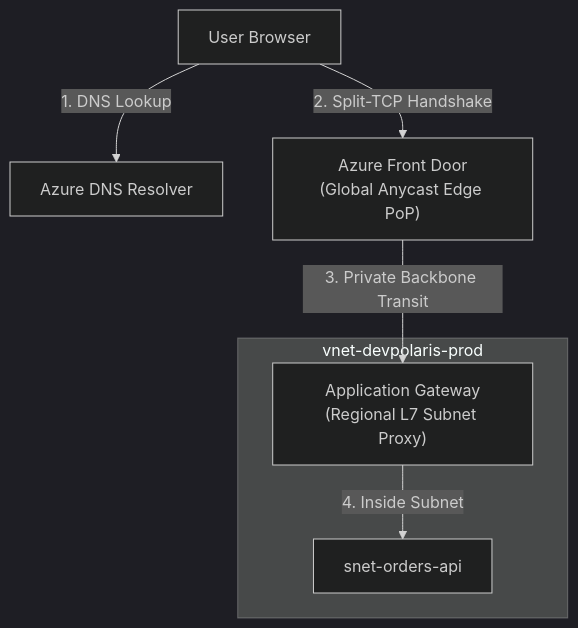
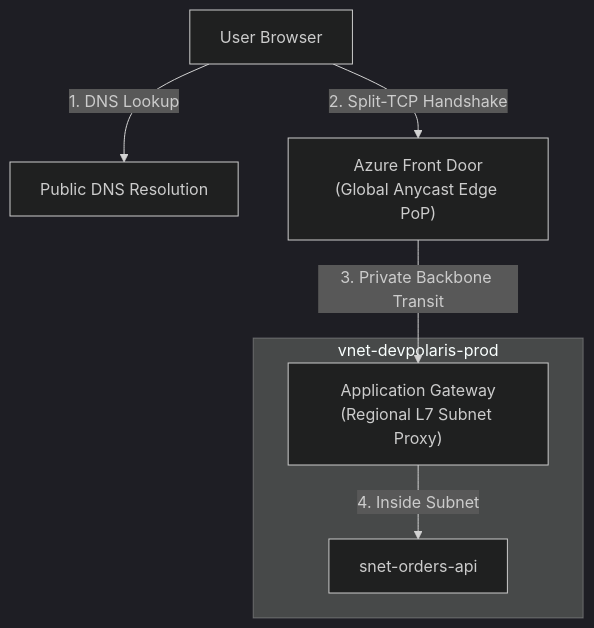
The first of 2 diagrams in cloud-providers/azure/networking-connectivity/public-entry-points.md (senlinyy/dev-roadmaps), drawn with Mermaid (dark theme) before and after one commit. The commit also changed other lines of this file and 530 other files, not shown here.

````diff
--- a/cloud-providers/azure/networking-connectivity/public-entry-points.md
+++ b/cloud-providers/azure/networking-connectivity/public-entry-points.md
@@ -39,10 +39,10 @@
 ```mermaid
 flowchart TD
-    Browser["User Browser"] --> |1. DNS Lookup| DNS["Azure DNS Resolver"]
+    Browser["User Browser"] --> |1. DNS Lookup| DNS["Public DNS Resolution"]
     Browser --> |2. Split-TCP Handshake| FD["Azure Front Door<br/>(Global Anycast Edge PoP)"]
     FD --> |3. Private Backbone Transit| AGW["Application Gateway<br/>(Regional L7 Subnet Proxy)"]
-    
+
     subgraph VNET Boundary [vnet-devpolaris-prod]
         AGW --> |4. Inside Subnet| SubnetPE["snet-orders-api"]
     end
 ```
````
